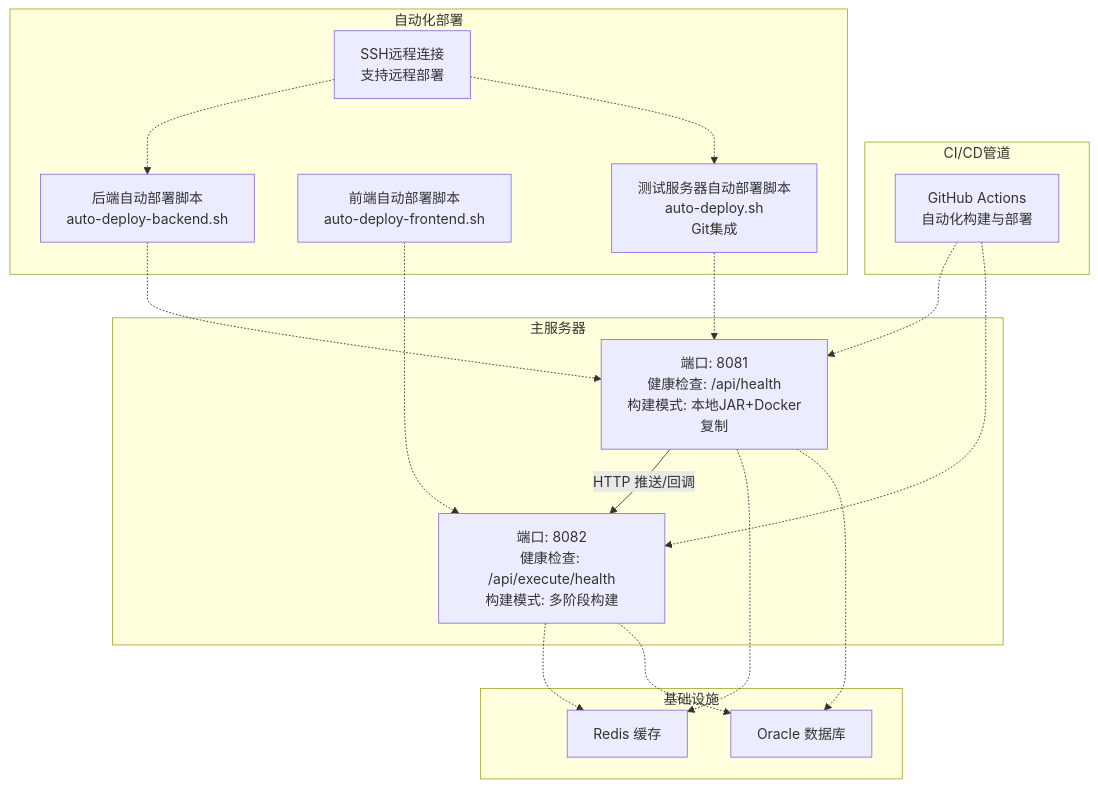
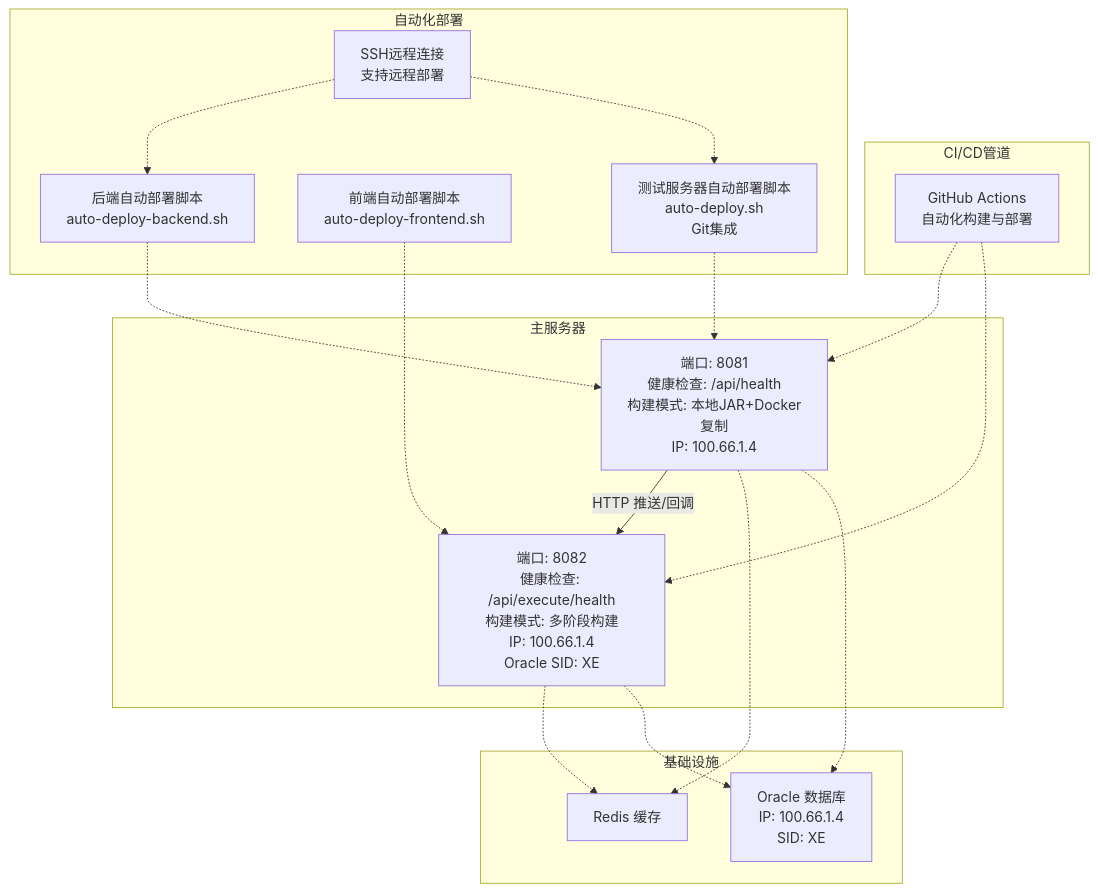
The second of 9 diagrams in .qoder/repowiki/zh/content/部署指南/Docker容器化部署.md (liuzh2008/med_ai_assistant_workspace), drawn with Mermaid before and after one commit. The commit also changed other lines of this file and 4 other files, not shown here.

````diff
--- a/.qoder/repowiki/zh/content/部署指南/Docker容器化部署.md
+++ b/.qoder/repowiki/zh/content/部署指南/Docker容器化部署.md
@@ -130,32 +151,32 @@
 ```mermaid
 graph TB
 subgraph "主服务器"
-M["端口: 8081<br/>健康检查: /api/health<br/>构建模式: 本地JAR+Docker复制"]
-E["端口: 8082<br/>健康检查: /api/execute/health<br/>构建模式: 多阶段构建"]
+M["端口: 8081<br/>健康检查: /api/health<br/>构建模式: 本地JAR+Docker复制<br/>IP: 100.66.1.4"]
+E["端口: 8082<br/>健康检查: /api/execute/health<br/>构建模式: 多阶段构建<br/>IP: 100.66.1.4<br/>Oracle SID: XE"]
 end
 subgraph "基础设施"
 R["Redis 缓存"]
-O["Oracle 数据库"]
+O["Oracle 数据库<br/>IP: 100.66.1.4<br/>SID: XE"]
 end
 subgraph "CI/CD管道"
 GHA["GitHub Actions<br/>自动化构建与部署"]
 end
 subgraph "自动化部署"
 ADB["后端自动部署脚本<br/>auto-deploy-backend.sh"]
 ADF["前端自动部署脚本<br/>auto-deploy-frontend.sh"]
 ATS["测试服务器自动部署脚本<br/>auto-deploy.sh<br/>Git集成"]
 SSH["SSH远程连接<br/>支持远程部署"]
 end
 M -- "HTTP 推送/回调" --> E
 M -.-> R
 E -.-> R
 M -.-> O
 E -.-> O
 GHA -.-> M
 GHA -.-> E
 ADB -.-> M
 ADF -.-> E
 ATS -.-> M
 SSH -.-> ADB
 SSH -.-> ATS
 ```
````
